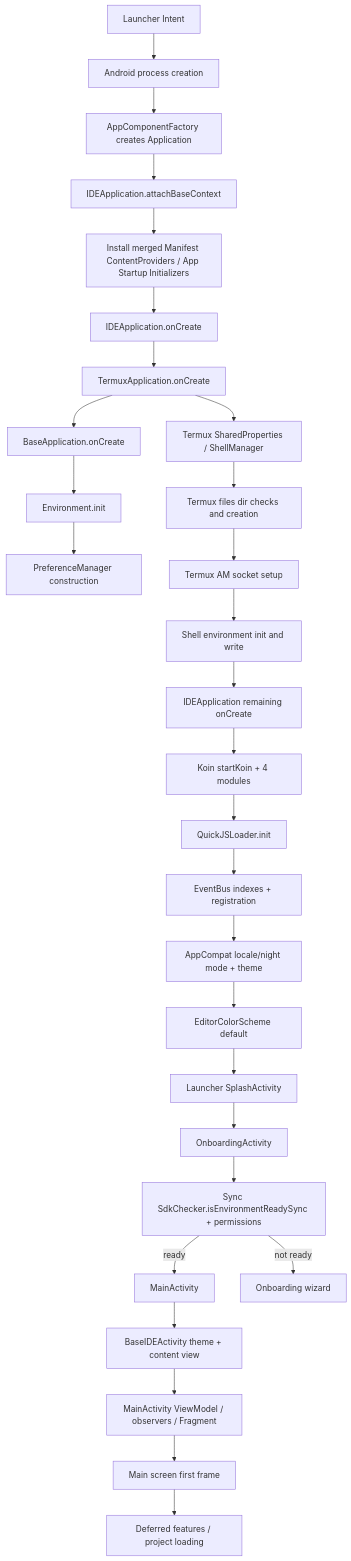
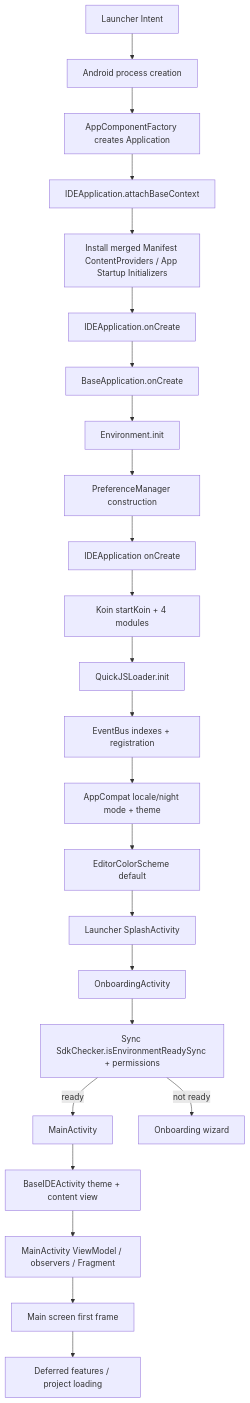
The first of 2 diagrams in docs/performance/zero-studio-cold-start-analysis.md (msmt2018/ZeroStudio), drawn with Mermaid before and after one commit. The commit also changed other lines of this file, not shown here.

Commit message:
docs(performance): update startup audit after application removal

````diff
--- a/docs/performance/zero-studio-cold-start-analysis.md
+++ b/docs/performance/zero-studio-cold-start-analysis.md
@@ -24,31 +24,26 @@
 ```mermaid
 flowchart TD
     A[Launcher Intent] --> B[Android process creation]
     B --> C[AppComponentFactory creates Application]
     C --> D[IDEApplication.attachBaseContext]
     D --> E[Install merged Manifest ContentProviders / App Startup Initializers]
     E --> F[IDEApplication.onCreate]
-    F --> G[TermuxApplication.onCreate]
-    G --> H[BaseApplication.onCreate]
-    H --> H1[Environment.init]
-    H1 --> H2[PreferenceManager construction]
-    G --> I[Termux SharedProperties / ShellManager]
-    I --> I1[Termux files dir checks and creation]
-    I1 --> I2[Termux AM socket setup]
-    I2 --> I3[Shell environment init and write]
-    I3 --> J[IDEApplication remaining onCreate]
+    F --> G[BaseApplication.onCreate]
+    G --> H[Environment.init]
+    H --> H1[PreferenceManager construction]
+    H1 --> J[IDEApplication onCreate]
     J --> J1[Koin startKoin + 4 modules]
     J1 --> J2[QuickJSLoader.init]
     J2 --> J3[EventBus indexes + registration]
     J3 --> J4[AppCompat locale/night mode + theme]
     J4 --> J5[EditorColorScheme default]
     J5 --> K[Launcher SplashActivity]
     K --> L[OnboardingActivity]
     L --> M[Sync SdkChecker.isEnvironmentReadySync + permissions]
     M -->|ready| N[MainActivity]
     M -->|not ready| O[Onboarding wizard]
     N --> P[BaseIDEActivity theme + content view]
     P --> Q[MainActivity ViewModel / observers / Fragment]
     Q --> R[Main screen first frame]
     R --> S[Deferred features / project loading]
 ```
````
